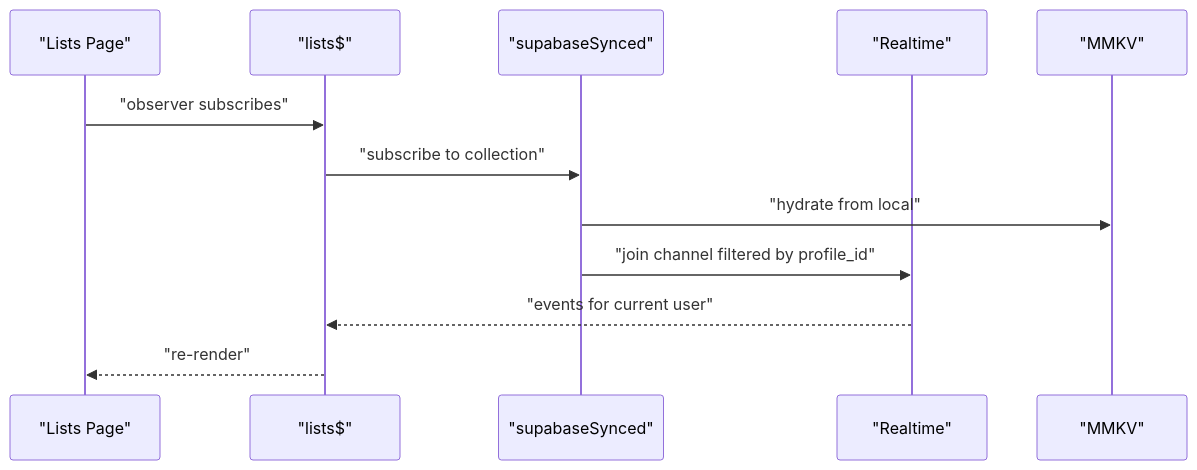
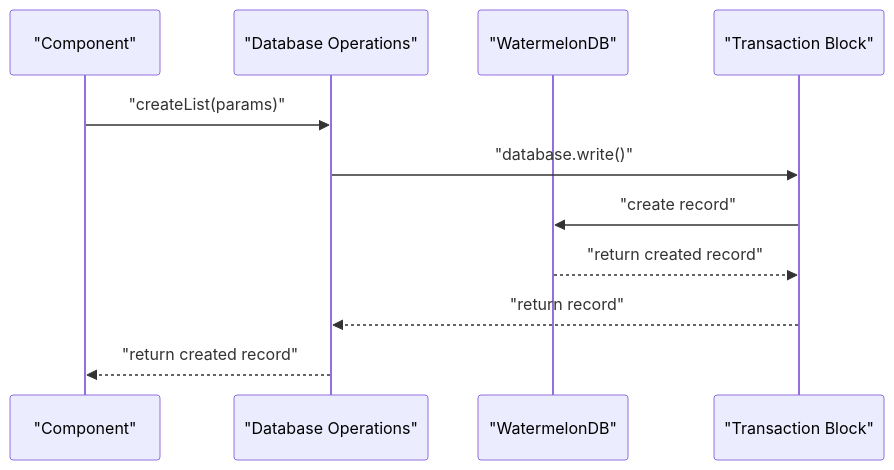
One commit to karllasouzza/PowerLists changed the fifth of 11 diagrams in .qoder/repowiki/en/content/State Management Architecture/State Management Architecture.md. Above: the diagram before and after it, drawn with Mermaid. The commit also changed other lines of this file and 5 other files, not shown here.

````diff
--- a/.qoder/repowiki/en/content/State Management Architecture/State Management Architecture.md
+++ b/.qoder/repowiki/en/content/State Management Architecture/State Management Architecture.md
@@ -227,14 +277,13 @@
 ```mermaid
 sequenceDiagram
-participant Comp as "Lists Page"
-participant Lists as "lists$"
-participant Sync as "supabaseSynced"
-participant RT as "Realtime"
-participant MM as "MMKV"
-Comp->>Lists : "observer subscribes"
-Lists->>Sync : "subscribe to collection"
-Sync->>MM : "hydrate from local"
-Sync->>RT : "join channel filtered by profile_id"
-RT-->>Lists : "events for current user"
-Lists-->>Comp : "re-render"
+participant Comp as "Component"
+participant Ops as "Database Operations"
+participant DB as "WatermelonDB"
+participant TX as "Transaction Block"
+Comp->>Ops : "createList(params)"
+Ops->>TX : "database.write()"
+TX->>DB : "create record"
+DB-->>TX : "return created record"
+TX-->>Ops : "return record"
+Ops-->>Comp : "return created record"
 ```
````
